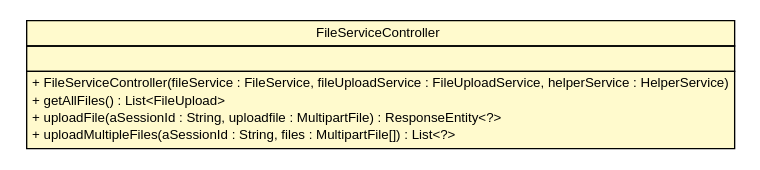
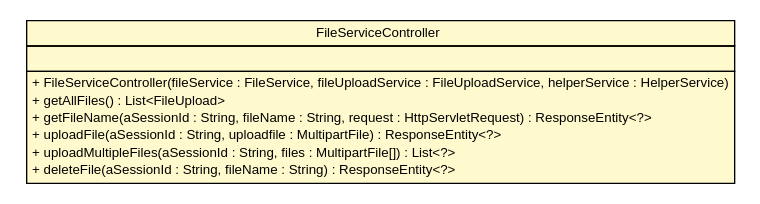
Before and after one commit to kunleawotunbo/exb_fileservice: the diagram in spring-fileservice-demo-project/server/target/apidocs/de/exb/platform/cloud/fileservice/resources/FileServiceController.dot, drawn with Graphviz. The commit also changed 100 other files, not shown here.

```diff
--- a/spring-fileservice-demo-project/server/target/apidocs/de/exb/platform/cloud/fileservice/resources/FileServiceController.dot
+++ b/spring-fileservice-demo-project/server/target/apidocs/de/exb/platform/cloud/fileservice/resources/FileServiceController.dot
@@ -1,27 +1,29 @@
 #!/usr/local/bin/dot
 #
 # Class diagram 
 # Generated by UMLGraph version R5_6 (http://www.umlgraph.org/)
 #
 
 digraph G {
 	edge [fontname="arial",fontsize=10,labelfontname="arial",labelfontsize=10];
 	node [fontname="arial",fontsize=10,shape=plaintext];
 	nodesep=0.25;
 	ranksep=0.5;
 	// de.exb.platform.cloud.fileservice.resources.FileServiceController
 	c254 [label=<<table title="de.exb.platform.cloud.fileservice.resources.FileServiceController" border="0" cellborder="1" cellspacing="0" cellpadding="2" port="p" bgcolor="lemonChiffon" href="./FileServiceController.html">
 		<tr><td><table border="0" cellspacing="0" cellpadding="1">
 <tr><td align="center" balign="center"> FileServiceController </td></tr>
 		</table></td></tr>
 		<tr><td><table border="0" cellspacing="0" cellpadding="1">
 <tr><td align="left" balign="left">  </td></tr>
 		</table></td></tr>
 		<tr><td><table border="0" cellspacing="0" cellpadding="1">
 <tr><td align="left" balign="left"> + FileServiceController(fileService : FileService, fileUploadService : FileUploadService, helperService : HelperService) </td></tr>
 <tr><td align="left" balign="left"> + getAllFiles() : List&lt;FileUpload&gt; </td></tr>
+<tr><td align="left" balign="left"> + getFileName(aSessionId : String, fileName : String, request : HttpServletRequest) : ResponseEntity&lt;?&gt; </td></tr>
 <tr><td align="left" balign="left"> + uploadFile(aSessionId : String, uploadfile : MultipartFile) : ResponseEntity&lt;?&gt; </td></tr>
 <tr><td align="left" balign="left"> + uploadMultipleFiles(aSessionId : String, files : MultipartFile[]) : List&lt;?&gt; </td></tr>
+<tr><td align="left" balign="left"> + deleteFile(aSessionId : String, fileName : String) : ResponseEntity&lt;?&gt; </td></tr>
 		</table></td></tr>
 		</table>>, URL="./FileServiceController.html", fontname="arial", fontcolor="black", fontsize=10.0];
 }
```
